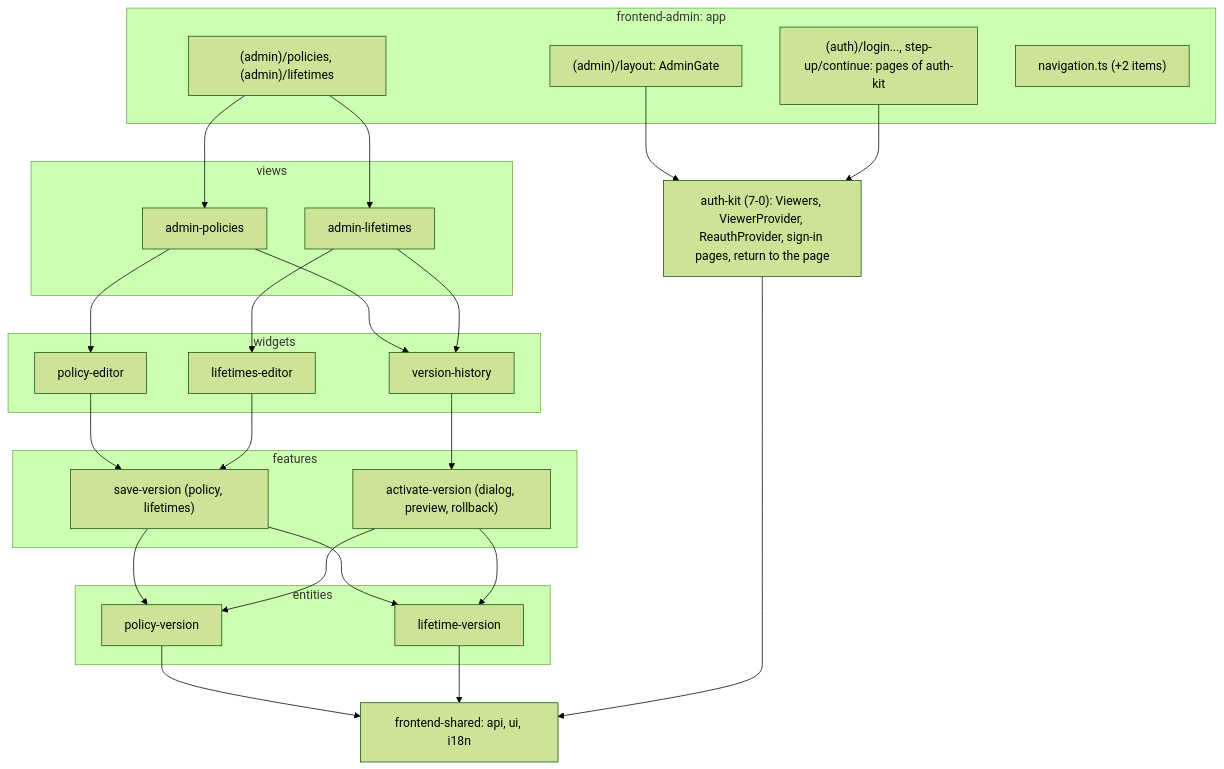
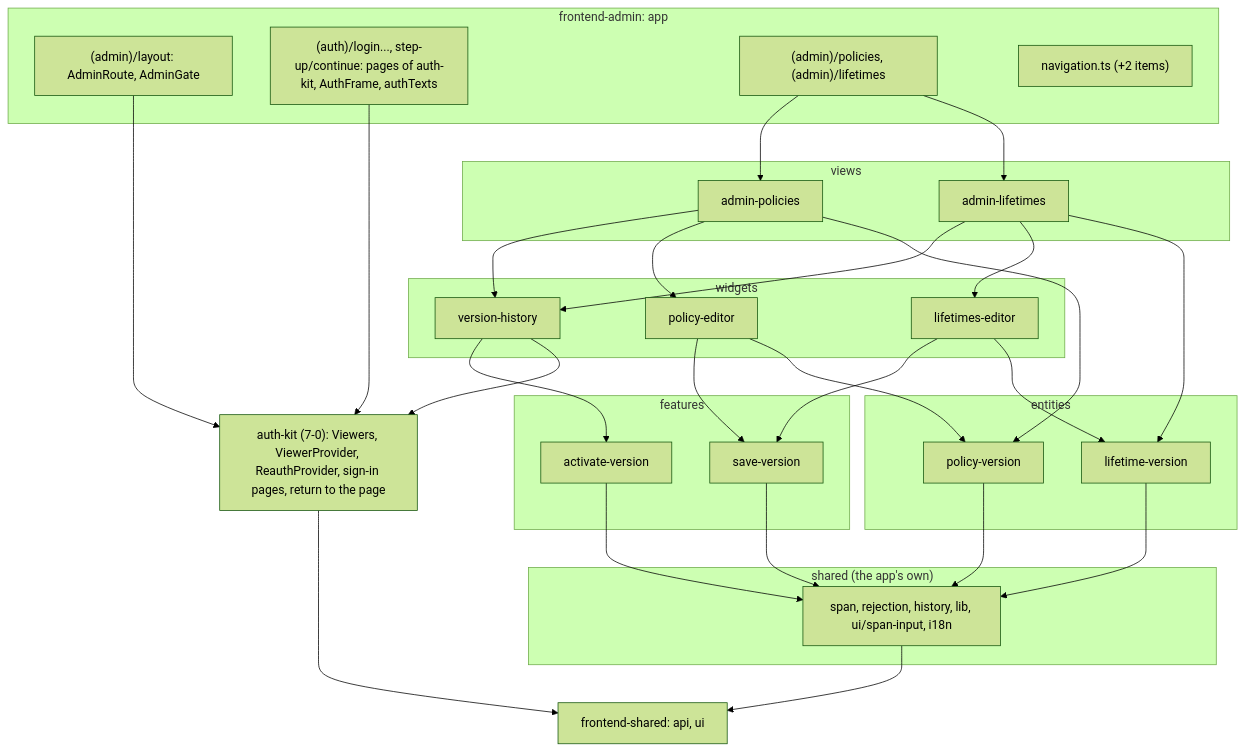
One commit to yuriisurzhykov/Tallyvane changed the fifth of 6 diagrams in docs/backend/07-authentication-slice-7-admin.md. Above: the diagram before and after it, drawn with Mermaid (forest theme). The commit also changed other lines of this file and 103 other files, not shown here.

First line of the commit message:
Add the admin gate and the policy and lifetime version screens (slice 7c)

````diff
--- a/docs/backend/07-authentication-slice-7-admin.md
+++ b/docs/backend/07-authentication-slice-7-admin.md
@@ -411,46 +413,53 @@
 ```mermaid
 flowchart TB
     subgraph app["frontend-admin: app"]
-        gate["(admin)/layout: AdminGate"]
-        login["(auth)/login..., step-up/continue: pages of auth-kit"]
+        gate["(admin)/layout: AdminRoute, AdminGate"]
+        login["(auth)/login..., step-up/continue: pages of auth-kit, AuthFrame, authTexts"]
         routes["(admin)/policies, (admin)/lifetimes"]
         nav["navigation.ts (+2 items)"]
     end
     subgraph views["views"]
         vp["admin-policies"]
         vl["admin-lifetimes"]
     end
     subgraph widgets["widgets"]
         vh["version-history"]
         pe["policy-editor"]
         le["lifetimes-editor"]
     end
     subgraph features["features"]
-        add["save-version (policy, lifetimes)"]
-        act["activate-version (dialog, preview, rollback)"]
+        add["save-version"]
+        act["activate-version"]
     end
     subgraph entities["entities"]
         epv["policy-version"]
         elv["lifetime-version"]
     end
+    subgraph own["shared (the app's own)"]
+        sp["span, rejection, history, lib, ui/span-input, i18n"]
+    end
     kit["auth-kit (7-0): Viewers, ViewerProvider, ReauthProvider, sign-in pages, return to the page"]
-    shared["frontend-shared: api, ui, i18n"]
+    shared["frontend-shared: api, ui"]
     gate --> kit
     login --> kit
     routes --> vp
     routes --> vl
     vp --> vh
     vp --> pe
     vl --> vh
     vl --> le
     vh --> act
+    vh --> kit
     pe --> add
     le --> add
-    add --> epv
-    add --> elv
-    act --> epv
-    act --> elv
-    epv --> shared
-    elv --> shared
+    pe --> epv
+    le --> elv
+    vp --> epv
+    vl --> elv
+    add --> sp
+    act --> sp
+    epv --> sp
+    elv --> sp
+    sp --> shared
     kit --> shared
 ```
````
